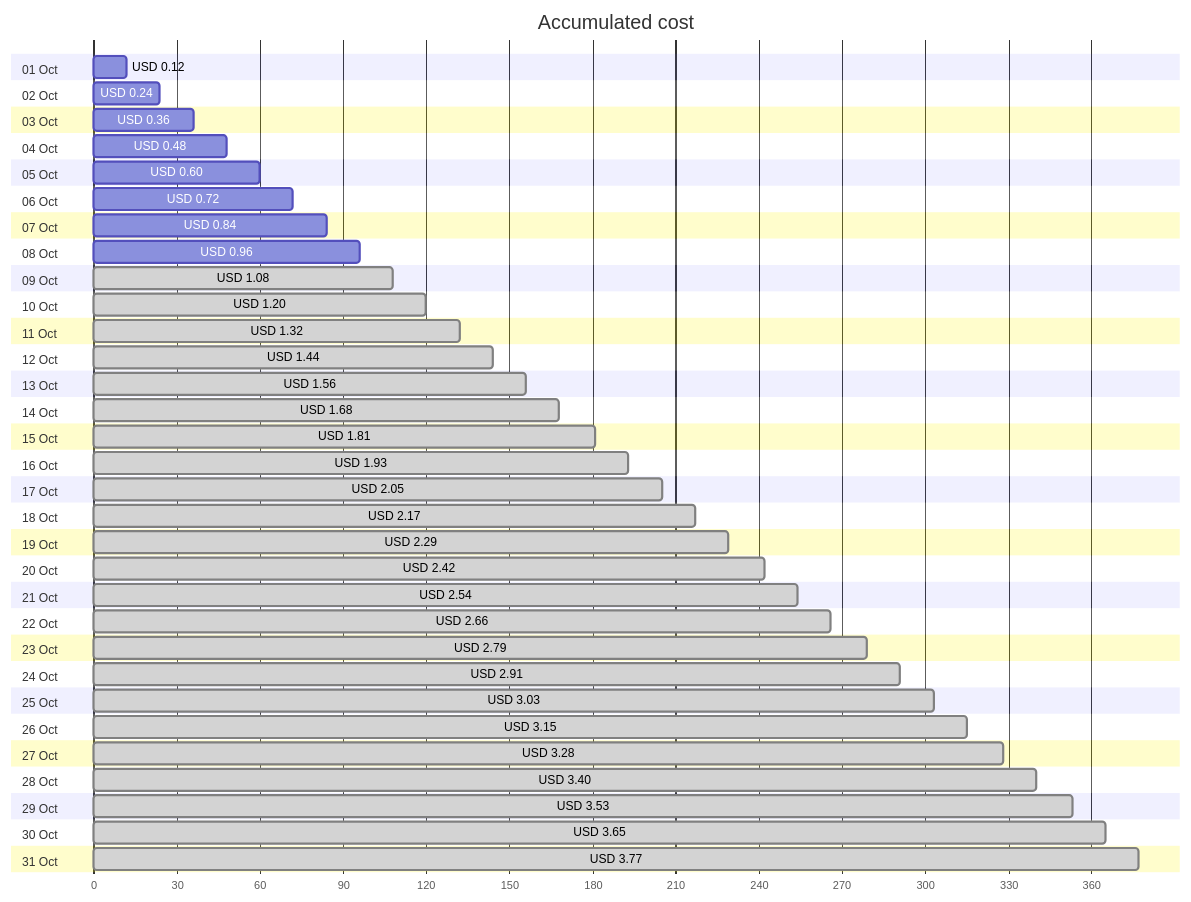
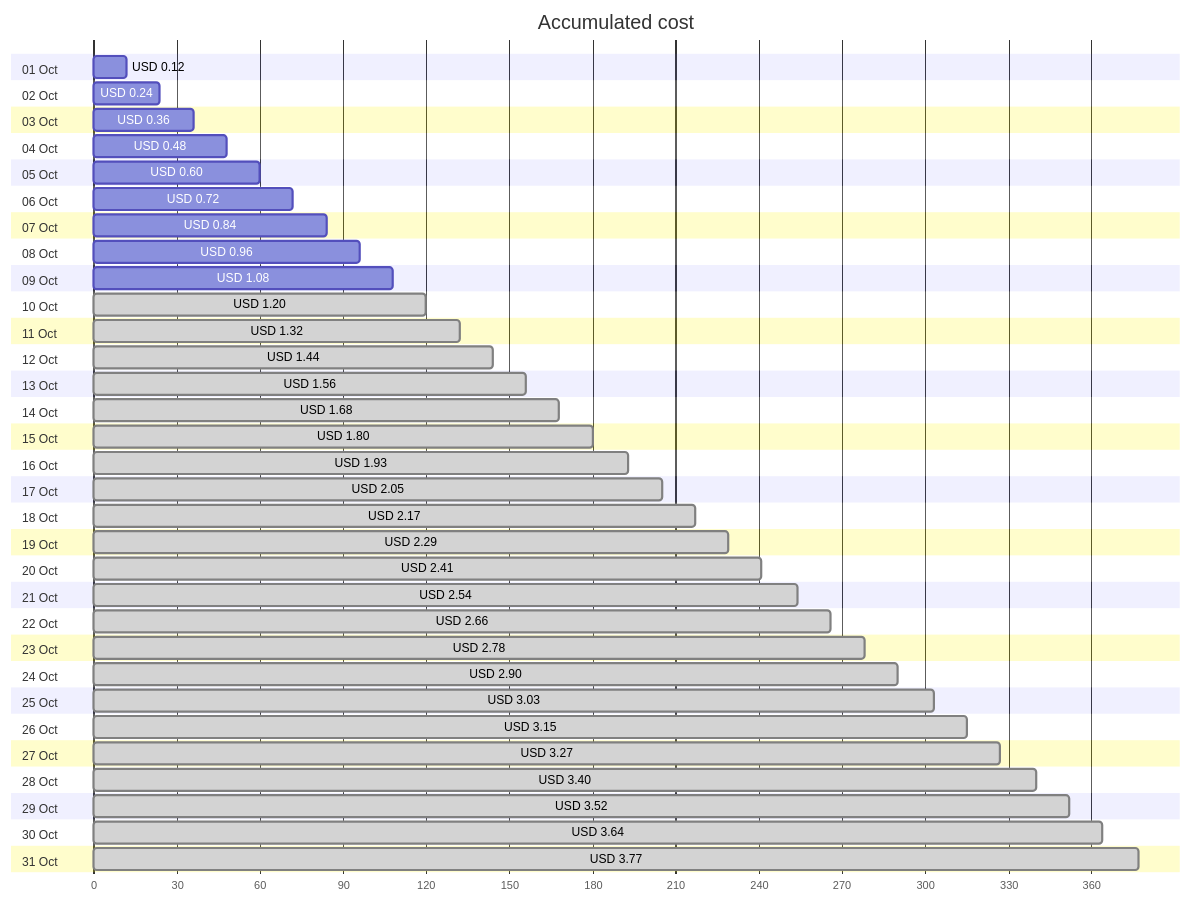
One commit to jpfulton/azure-personal-reports changed the first of 4 diagrams in cost-reports/personal-network/backup-server-public-ip.md. Above: the diagram before and after it, drawn with Mermaid. The commit also changed other lines of this file and 8 other files, not shown here.

````diff
--- a/cost-reports/personal-network/backup-server-public-ip.md
+++ b/cost-reports/personal-network/backup-server-public-ip.md
@@ -20,68 +20,68 @@
 ```mermaid
 gantt
    title Accumulated cost
    dateFormat  X
    axisFormat %s
    section 01 Oct
    USD 0.12 :0, 12
    section 02 Oct
    USD 0.24 :0, 24
    section 03 Oct
    USD 0.36 :0, 36
    section 04 Oct
    USD 0.48 :0, 48
    section 05 Oct
    USD 0.60 :0, 60
    section 06 Oct
    USD 0.72 :0, 72
    section 07 Oct
    USD 0.84 :0, 84
    section 08 Oct
    USD 0.96 :0, 96
    section 09 Oct
-   USD 1.08 : done, 0, 108
+   USD 1.08 :0, 108
    section 10 Oct
    USD 1.20 : done, 0, 120
    section 11 Oct
    USD 1.32 : done, 0, 132
    section 12 Oct
    USD 1.44 : done, 0, 144
    section 13 Oct
    USD 1.56 : done, 0, 156
    section 14 Oct
    USD 1.68 : done, 0, 168
    section 15 Oct
-   USD 1.81 : done, 0, 181
+   USD 1.80 : done, 0, 180
    section 16 Oct
    USD 1.93 : done, 0, 193
    section 17 Oct
    USD 2.05 : done, 0, 205
    section 18 Oct
    USD 2.17 : done, 0, 217
    section 19 Oct
    USD 2.29 : done, 0, 229
    section 20 Oct
-   USD 2.42 : done, 0, 242
+   USD 2.41 : done, 0, 241
    section 21 Oct
    USD 2.54 : done, 0, 254
    section 22 Oct
    USD 2.66 : done, 0, 266
    section 23 Oct
-   USD 2.79 : done, 0, 279
+   USD 2.78 : done, 0, 278
    section 24 Oct
-   USD 2.91 : done, 0, 291
+   USD 2.90 : done, 0, 290
    section 25 Oct
    USD 3.03 : done, 0, 303
    section 26 Oct
    USD 3.15 : done, 0, 315
    section 27 Oct
-   USD 3.28 : done, 0, 328
+   USD 3.27 : done, 0, 327
    section 28 Oct
    USD 3.40 : done, 0, 340
    section 29 Oct
-   USD 3.53 : done, 0, 353
+   USD 3.52 : done, 0, 352
    section 30 Oct
-   USD 3.65 : done, 0, 365
+   USD 3.64 : done, 0, 364
    section 31 Oct
    USD 3.77 : done, 0, 377
 ```
````
